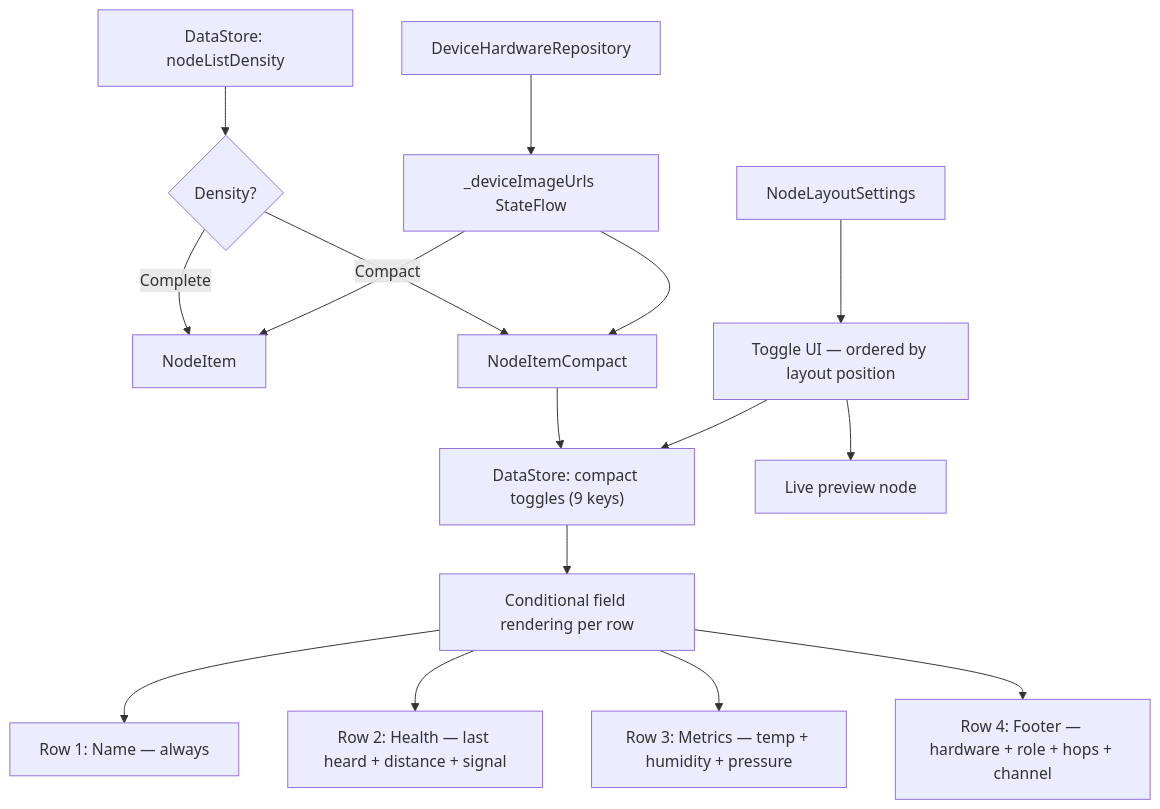
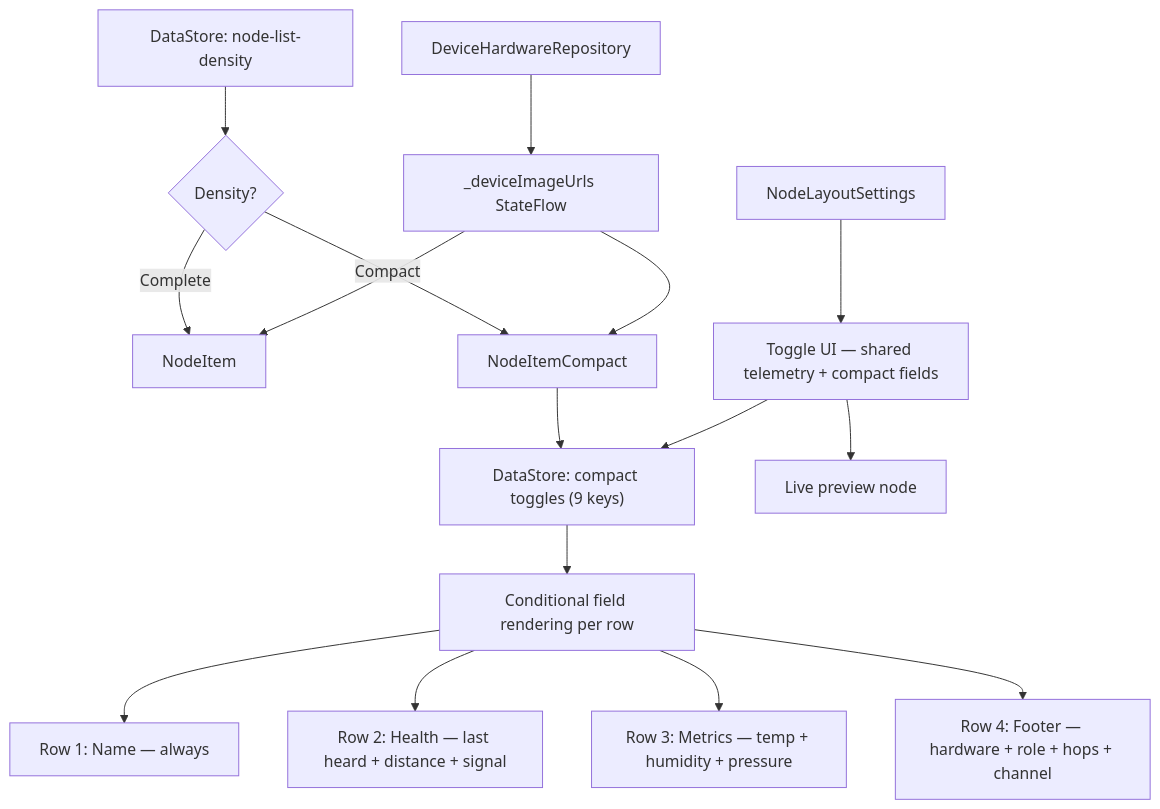
One commit to meshtastic/Meshtastic-Android changed the second of 2 diagrams in specs/20260507-161758-node-list-layout/spec.md. Above: the diagram before and after it, drawn with Mermaid. The commit also changed other lines of this file, not shown here.

First line of the commit message:
docs(spec): align node-list spec with current implementation

````diff
--- a/specs/20260507-161758-node-list-layout/spec.md
+++ b/specs/20260507-161758-node-list-layout/spec.md
@@ -249,20 +249,20 @@
 ```mermaid
 flowchart TD
-    A["DataStore: nodeListDensity"] --> B{Density?}
+    A["DataStore: node-list-density"] --> B{Density?}
     B -->|Complete| C[NodeItem]
     B -->|Compact| D[NodeItemCompact]
     D --> E["DataStore: compact toggles (9 keys)"]
     E --> H[Conditional field rendering per row]
     H --> I["Row 1: Name — always"]
     H --> J["Row 2: Health — last heard + distance + signal"]
     H --> K["Row 3: Metrics — temp + humidity + pressure"]
     H --> L["Row 4: Footer — hardware + role + hops + channel"]
     
-    M[NodeLayoutSettings] --> N["Toggle UI — ordered by layout position"]
+    M[NodeLayoutSettings] --> N["Toggle UI — shared telemetry + compact fields"]
     N --> E
     N --> O[Live preview node]
     
     P["DeviceHardwareRepository"] --> Q["_deviceImageUrls StateFlow"]
     Q --> C
     Q --> D
 ```
````
